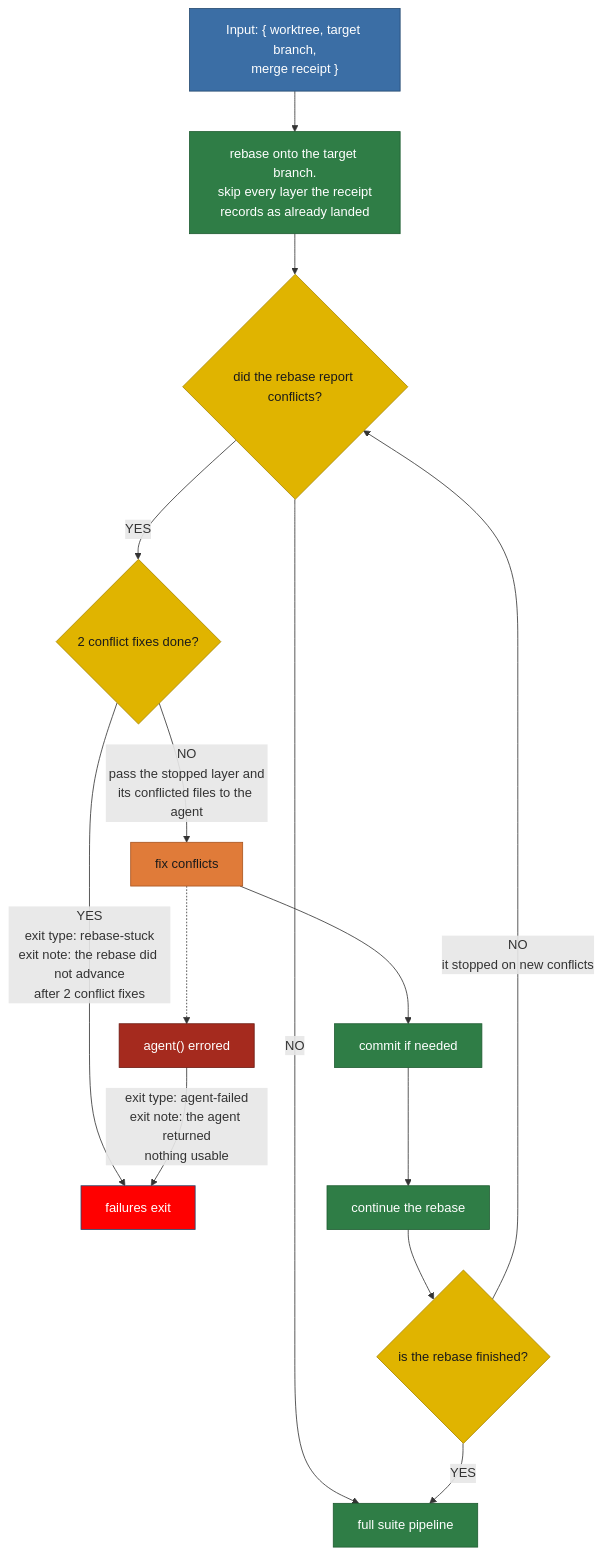
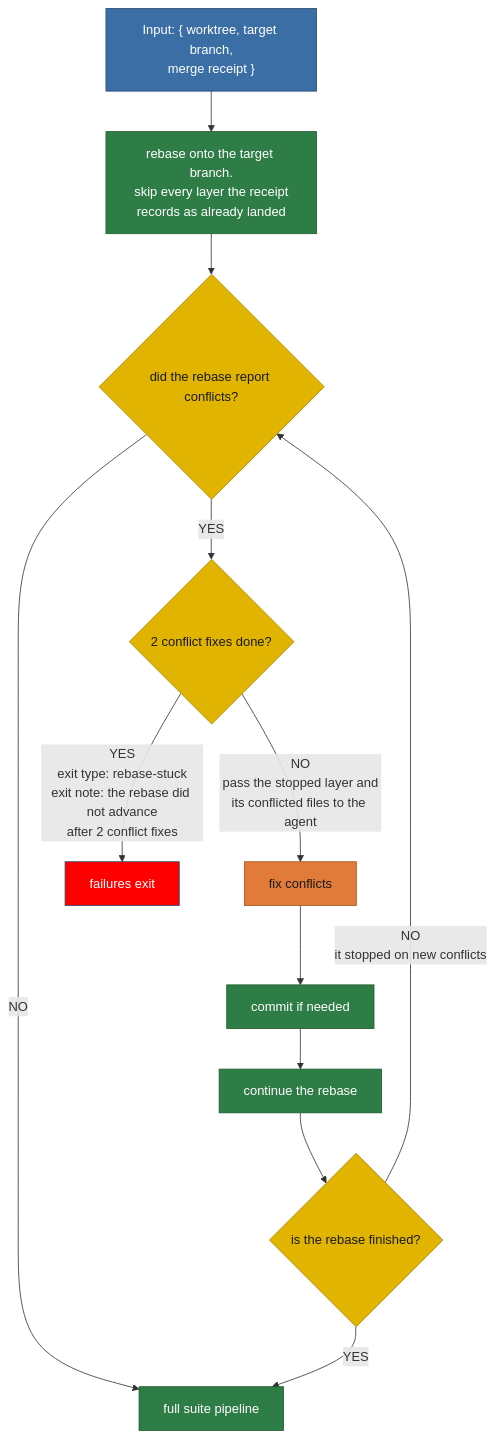
One commit to matkatmusic/taskTools changed the diagram in plans/diagram/pipeline-rebase.mmd. Above: the diagram before and after it, drawn with Mermaid. The commit also changed 404 other files, not shown here.

```diff
--- a/plans/diagram/pipeline-rebase.mmd
+++ b/plans/diagram/pipeline-rebase.mmd
@@ -1,67 +1,64 @@
 flowchart TB
 %% REBASE PIPELINE.
 %% ---
 %% Input: a finished implementation.
 %% ---
 %% Job: put the task's commits on top of the target branch.
 %% ---
 %% A conflict fix runs fix, then commit, then continue.
 %% ---
 %% Never fix then continue without committing first.
 %% ---
 %% The source lock is already held here.
 %% ---
 %% Every box refreshes the lock's heartbeat.
 %% ---
 %% Walks every repository layer, deepest submodule first.
 %% ---
 %% The receipt names layers already landed by the merge.
 %% ---
 %% A landed layer is public. Rebasing it would rewrite it.
 %% ---
 %% So this pipeline skips any layer the receipt marks landed.
 %% ---
 %% Merge re-enters here only when nothing landed.
 %% ---
 %% So the receipt is normally empty, but check, don't assume.
 %% ---
-%% Exit types: agent-failed, rebase-stuck, run-failed.
+%% Exit types: rebase-stuck, run-failed.
 %% ---
 %% Output feeds the full suite pipeline.
 
   SOURCE_REPO_LOCKED_INPUT["Input: { worktree, target branch,<br/>merge receipt }"] --> REBASE_ONTO_TARGET_BRANCH
   REBASE_ONTO_TARGET_BRANCH["rebase onto the target branch.<br/>skip every layer the receipt<br/>records as already landed"] --> DID_REBASE_REPORT_CONFLICTS{"did the rebase report conflicts?"}
   DID_REBASE_REPORT_CONFLICTS -->|YES| ARE_2_CONFLICT_FIXES_DONE{"2 conflict fixes done?"}
   DID_REBASE_REPORT_CONFLICTS -->|NO| SUITE_PIPELINE
 
   ARE_2_CONFLICT_FIXES_DONE -- "NO<br/>pass the stopped layer and<br/>its conflicted files to the agent" --> FIX_CONFLICTS["fix conflicts"]
   ARE_2_CONFLICT_FIXES_DONE -- "YES<br/>exit type: rebase-stuck<br/>exit note: the rebase did not advance<br/>after 2 conflict fixes" --> EXIT_WORKFLOW_REBASE
   FIX_CONFLICTS --> COMMIT_MERGE_CONFLICT_FIX_IF_NEEDED["commit if needed"]
   COMMIT_MERGE_CONFLICT_FIX_IF_NEEDED --> CONTINUE_REBASE["continue the rebase"]
   CONTINUE_REBASE --> IS_REBASE_FINISHED{"is the rebase finished?"}
   IS_REBASE_FINISHED -->|YES| SUITE_PIPELINE["full suite pipeline"]
   IS_REBASE_FINISHED -- "NO<br/>it stopped on new conflicts" --> DID_REBASE_REPORT_CONFLICTS
 
-
-  FIX_CONFLICTS -.-> AGENT_ERRORED["agent() errored"] -- "exit type: agent-failed<br/>exit note: the agent returned<br/>nothing usable" --> EXIT_WORKFLOW_REBASE
-
   EXIT_WORKFLOW_REBASE["failures exit"]
 
   %% pass/nopass: green heads to the next pipeline.
   %% ---
   %% Red goes back round the conflict cycle.
   classDef pipeline fill:#2f7d46,stroke:#1e5c31,color:#ffffff
   classDef script fill:#2f7d46,stroke:#1e5c31,color:#ffffff
   classDef agent fill:#e07b39,stroke:#a8541f,color:#1a1a1a
   classDef decision fill:#e0b400,stroke:#a88600,color:#1a1a1a
   classDef output fill:#3b6ea5,stroke:#254a70,color:#ffffff
   classDef fail fill:red,stroke:#254a70,color:#ffffff
   classDef pass fill:#2f7d46,stroke:#1e5c31,color:#ffffff
   classDef nopass fill:#a52a1e,stroke:#6d1a12,color:#ffffff
-  class AGENT_ERRORED nopass
   class EXIT_WORKFLOW_REBASE fail
   class DID_REBASE_REPORT_CONFLICTS,IS_REBASE_FINISHED,ARE_2_CONFLICT_FIXES_DONE decision
   class COMMIT_MERGE_CONFLICT_FIX_IF_NEEDED,REBASE_ONTO_TARGET_BRANCH,CONTINUE_REBASE script
   class FIX_CONFLICTS agent
+  class FIX_CONFLICTS returns_a_prompt
   class SUITE_PIPELINE pipeline
   class SOURCE_REPO_LOCKED_INPUT output
```
